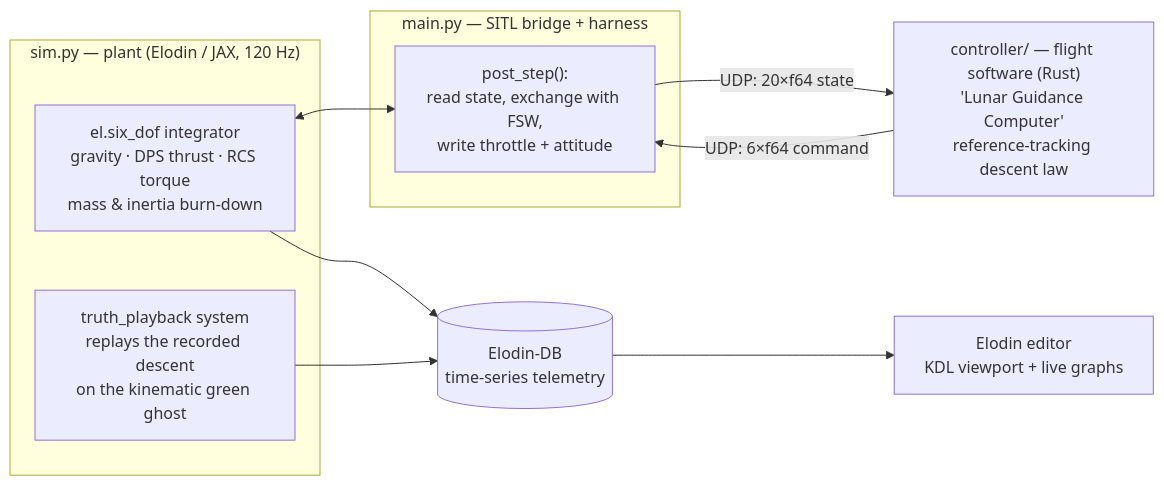
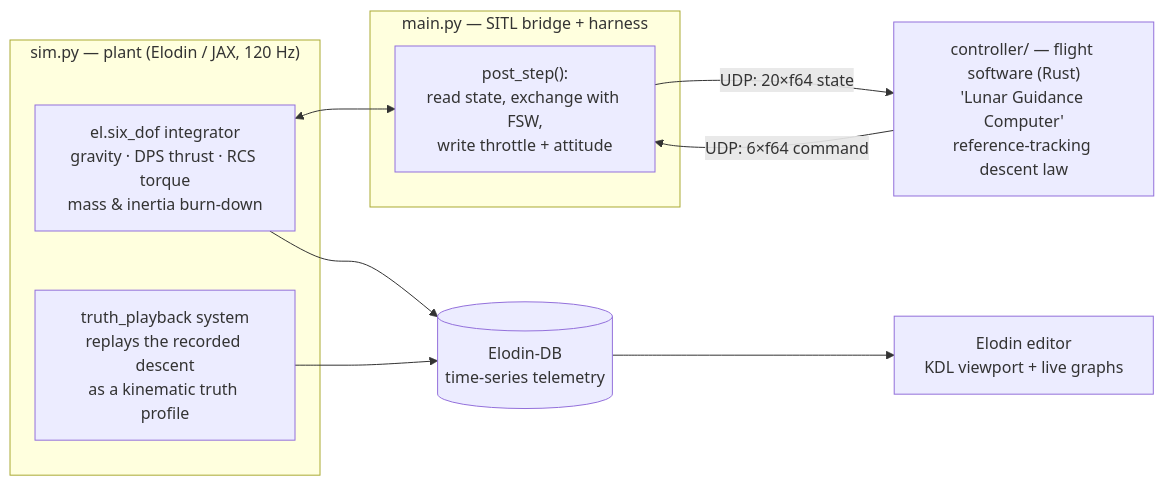
Before and after one commit to elodin-sys/elodin: the diagram in examples/apollo-lander/WHITEPAPER.md, drawn with Mermaid. The commit also changed other lines of this file and 3 other files, not shown here.

````diff
--- a/examples/apollo-lander/WHITEPAPER.md
+++ b/examples/apollo-lander/WHITEPAPER.md
@@ -86,19 +86,19 @@
 ```mermaid
 flowchart LR
     subgraph SIM["sim.py — plant (Elodin / JAX, 120 Hz)"]
         PHYS["el.six_dof integrator<br/>gravity · DPS thrust · RCS torque<br/>mass & inertia burn-down"]
-        TRUTH["truth_playback system<br/>replays the recorded descent<br/>on the kinematic green ghost"]
+        TRUTH["truth_playback system<br/>replays the recorded descent<br/>as a kinematic truth profile"]
     end
     subgraph BR["main.py — SITL bridge + harness"]
         POST["post_step():<br/>read state, exchange with FSW,<br/>write throttle + attitude"]
     end
     LGC["controller/ — flight software (Rust)<br/>'Lunar Guidance Computer'<br/>reference-tracking descent law"]
     DB[("Elodin-DB<br/>time-series telemetry")]
     ED["Elodin editor<br/>KDL viewport + live graphs"]
 
     PHYS <--> POST
     POST -- "UDP: 20×f64 state" --> LGC
     LGC -- "UDP: 6×f64 command" --> POST
     PHYS --> DB --> ED
     TRUTH --> DB
 ```
````
